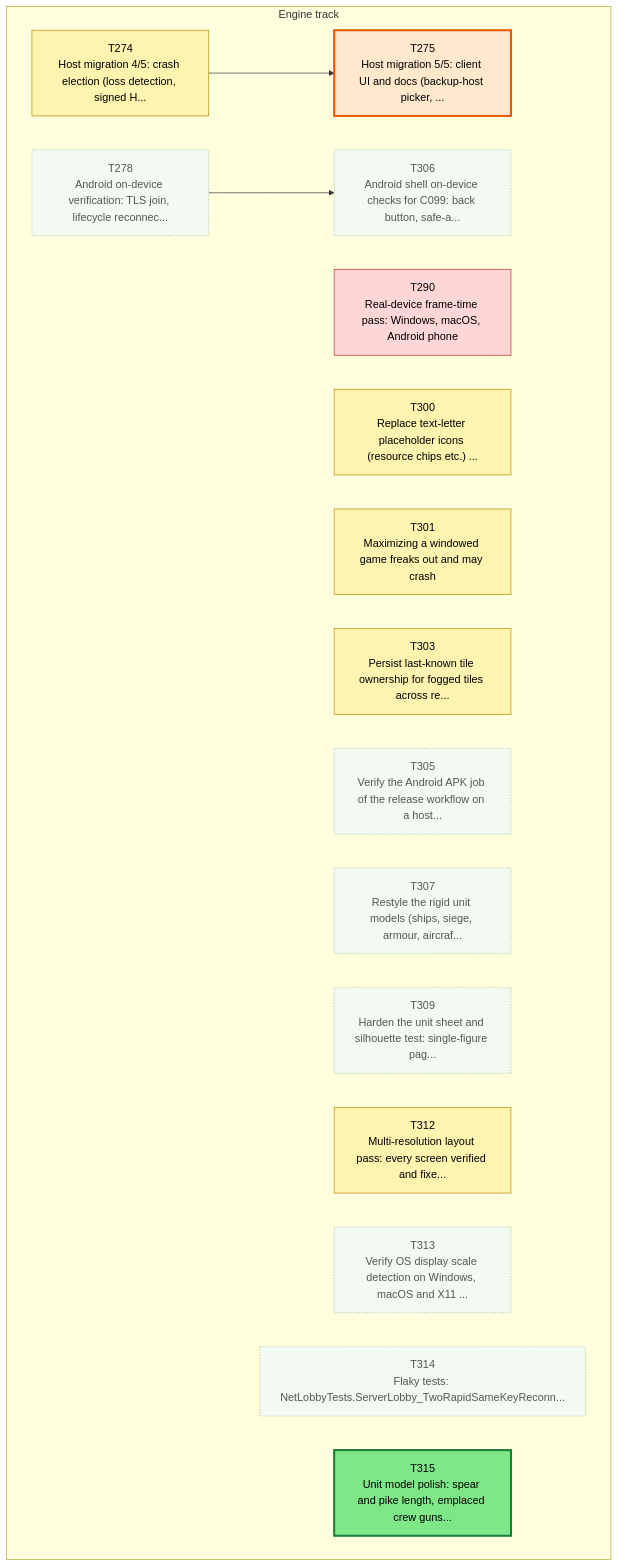
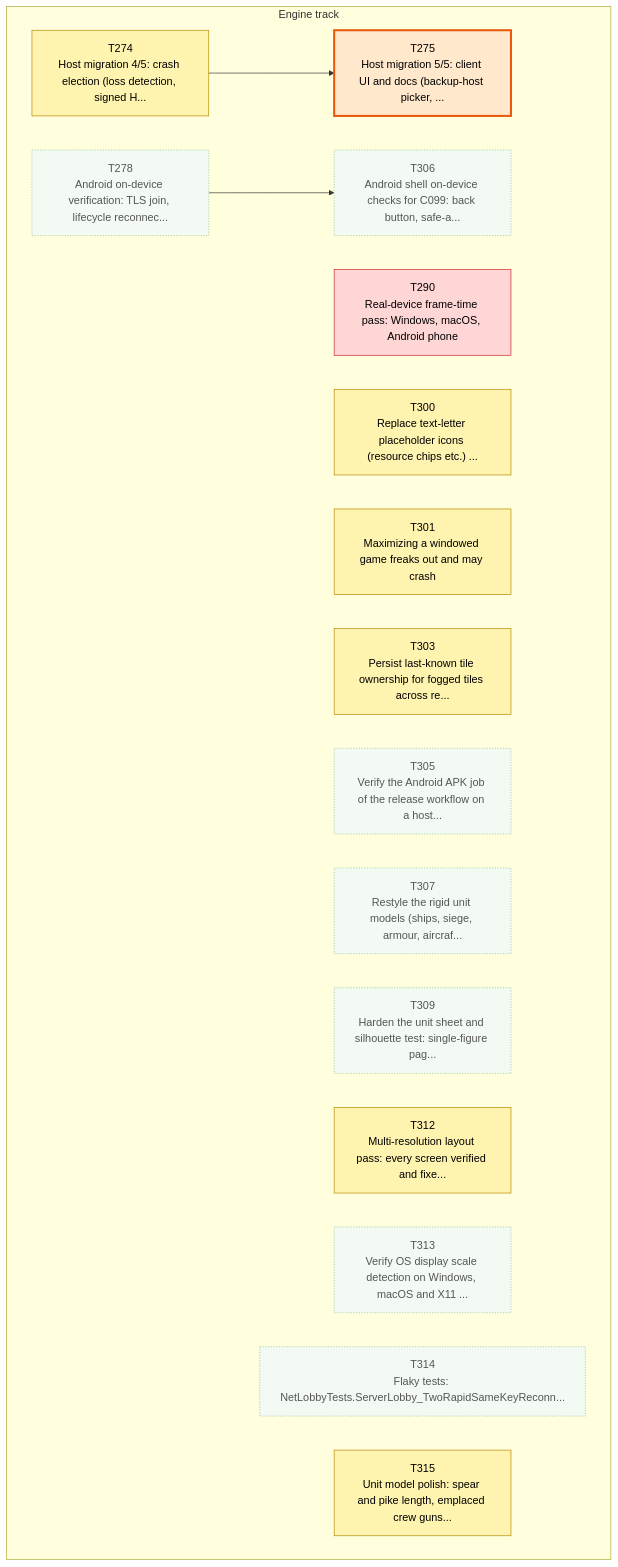
The first of 3 diagrams in csharp/migration/DEPENDENCY_MAP.md (Kenmura/Unciv), drawn with Mermaid before and after one commit. The commit also changed other lines of this file and 1 other file, not shown here.

````diff
--- a/csharp/migration/DEPENDENCY_MAP.md
+++ b/csharp/migration/DEPENDENCY_MAP.md
@@ -35,44 +35,44 @@
 ```mermaid
 flowchart TD
   subgraph TTRACK["Engine track"]
     T274["T274<br/>Host migration 4/5: crash election (loss detection, signed H..."]
     T275["T275<br/>Host migration 5/5: client UI and docs (backup-host picker, ..."]
     T278["T278<br/>Android on-device verification: TLS join, lifecycle reconnec..."]
     T290["T290<br/>Real-device frame-time pass: Windows, macOS, Android phone"]
     T300["T300<br/>Replace text-letter placeholder icons (resource chips etc.) ..."]
     T301["T301<br/>Maximizing a windowed game freaks out and may crash"]
     T303["T303<br/>Persist last-known tile ownership for fogged tiles across re..."]
     T305["T305<br/>Verify the Android APK job of the release workflow on a host..."]
     T306["T306<br/>Android shell on-device checks for C099: back button, safe-a..."]
     T307["T307<br/>Restyle the rigid unit models (ships, siege, armour, aircraf..."]
     T309["T309<br/>Harden the unit sheet and silhouette test: single-figure pag..."]
     T312["T312<br/>Multi-resolution layout pass: every screen verified and fixe..."]
     T313["T313<br/>Verify OS display scale detection on Windows, macOS and X11 ..."]
     T314["T314<br/>Flaky tests: NetLobbyTests.ServerLobby_TwoRapidSameKeyReconn..."]
     T315["T315<br/>Unit model polish: spear and pike length, emplaced crew guns..."]
   end
   T274 --> T275
   T278 --> T306
   classDef waiting fill:#f3faf3,stroke:#9bc49b,color:#555,stroke-dasharray:2 2
   classDef ondeck fill:#ffe8cc,stroke:#e8590c,stroke-width:3px,color:#000
   classDef ready fill:#7ee787,stroke:#1a7f37,stroke-width:3px,color:#000
   classDef prog fill:#fff3b0,stroke:#b58900,color:#000
   classDef review fill:#cfe4ff,stroke:#1f6feb,color:#000
   classDef blocked fill:#ffd6d6,stroke:#c62828,color:#000
   classDef done fill:#eeeeee,stroke:#999999,color:#666,stroke-dasharray:4 3
   class T274 prog
   class T275 ondeck
   class T278 waiting
   class T290 blocked
   class T300 prog
   class T301 prog
   class T303 prog
   class T305 waiting
   class T306 waiting
   class T307 waiting
   class T309 waiting
   class T312 prog
   class T313 waiting
   class T314 waiting
-  class T315 ready
+  class T315 prog
 ```
````
